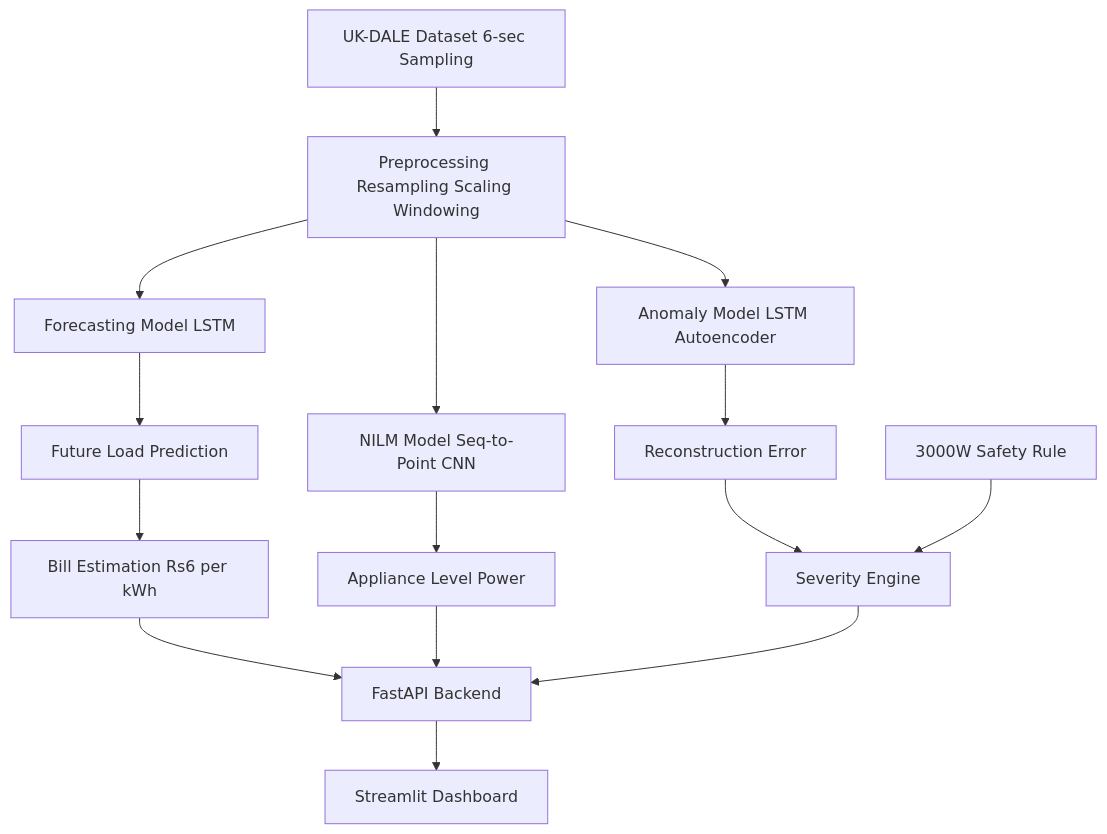
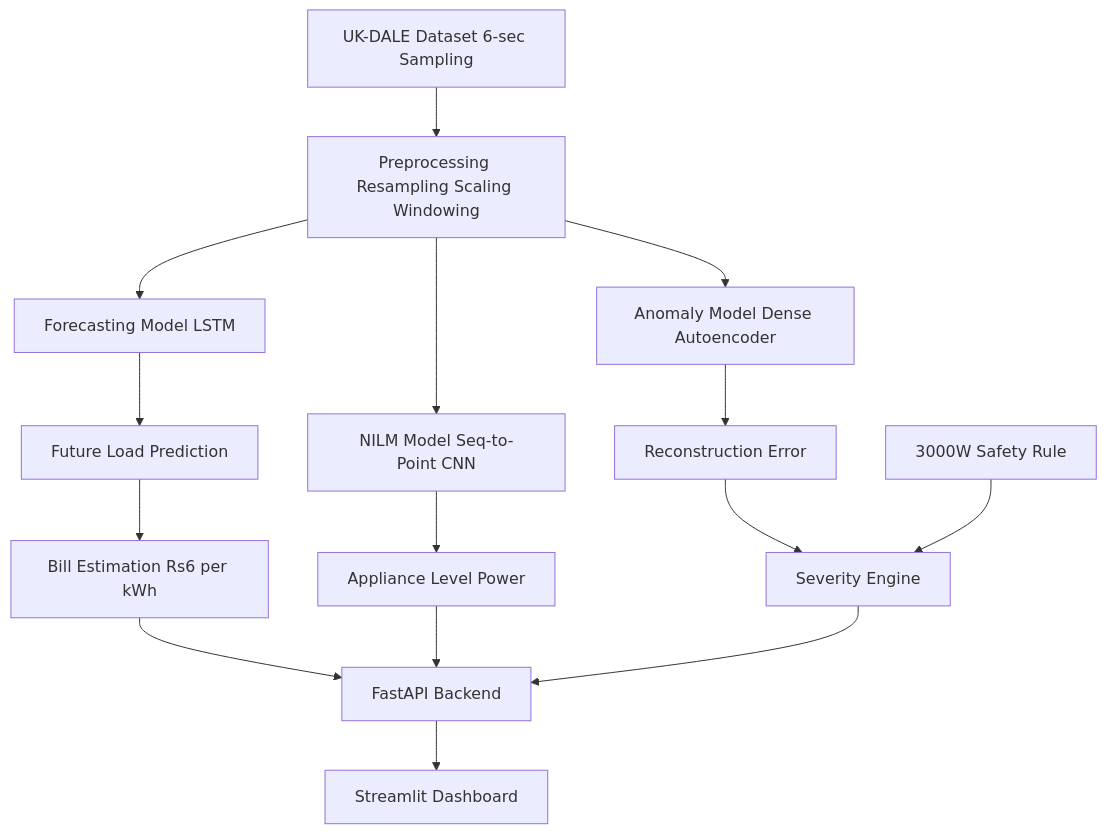
Before and after one commit to Teja992005/IntelliWatt: the diagram in README.md, drawn with Mermaid. The commit also changed other lines of this file and 6 other files, not shown here.

````diff
--- a/README.md
+++ b/README.md
@@ -18,40 +18,40 @@
 ```mermaid
 flowchart TD
 
     A[UK-DALE Dataset 6-sec Sampling]
     B[Preprocessing Resampling Scaling Windowing]
 
     C1[NILM Model Seq-to-Point CNN]
     C2[Forecasting Model LSTM]
-    C3[Anomaly Model LSTM Autoencoder]
+    C3[Anomaly Model Dense Autoencoder]
 
     D1[Appliance Level Power]
     D2[Future Load Prediction]
     D3[Reconstruction Error]
 
     E[3000W Safety Rule]
     F[Severity Engine]
 
     G[Bill Estimation Rs6 per kWh]
     H[FastAPI Backend]
     I[Streamlit Dashboard]
 
     A --> B
     B --> C1
     B --> C2
     B --> C3
 
     C1 --> D1
     C2 --> D2
     C3 --> D3
 
     D3 --> F
     E --> F
 
     D2 --> G
     G --> H
     D1 --> H
     F --> H
 
     H --> I
 ```
````
